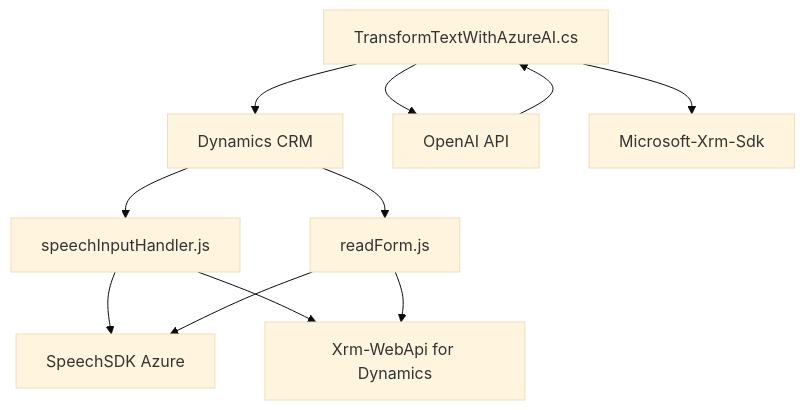
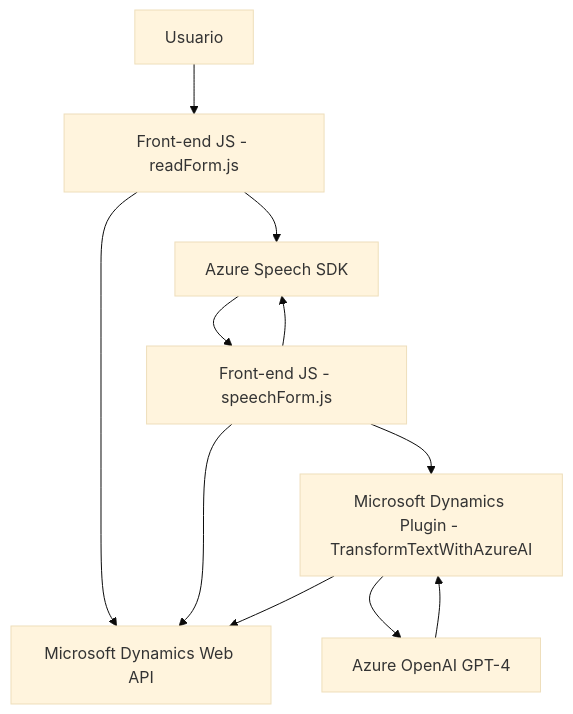
Before and after one commit to blopezdm/NETCORE_BILBAO2025: the diagram in README.md, drawn with Mermaid (base theme). The commit also changed other lines of this file, not shown here.

````diff
--- a/README.md
+++ b/README.md
@@ -45,13 +55,21 @@
 ```mermaid
 graph TD
-    A["Dynamics CRM"] --> B["speechInputHandler.js"]
-    A --> C["readForm.js"]
-    B --> D["SpeechSDK Azure"]
-    C --> D
-    B --> E["Xrm-WebApi for Dynamics"]
-    C --> E
-    F["TransformTextWithAzureAI.cs"] --> A
-    F --> G["OpenAI API"]
-    F --> H["Microsoft-Xrm-Sdk"]
-    G --> F
+    A["Usuario"]
+    B["Azure Speech SDK"]
+    C["Front-end JS - readForm.js"]
+    D["Front-end JS - speechForm.js"]
+    E["Microsoft Dynamics Plugin - TransformTextWithAzureAI"]
+    F["Azure OpenAI GPT-4"]
+    G["Microsoft Dynamics Web API"]
+
+    A --> C
+    C --> B
+    C --> G
+    D --> B
+    B --> D
+    D --> G
+    D --> E
+    E --> F
+    F --> E
+    E --> G
 ```
````
